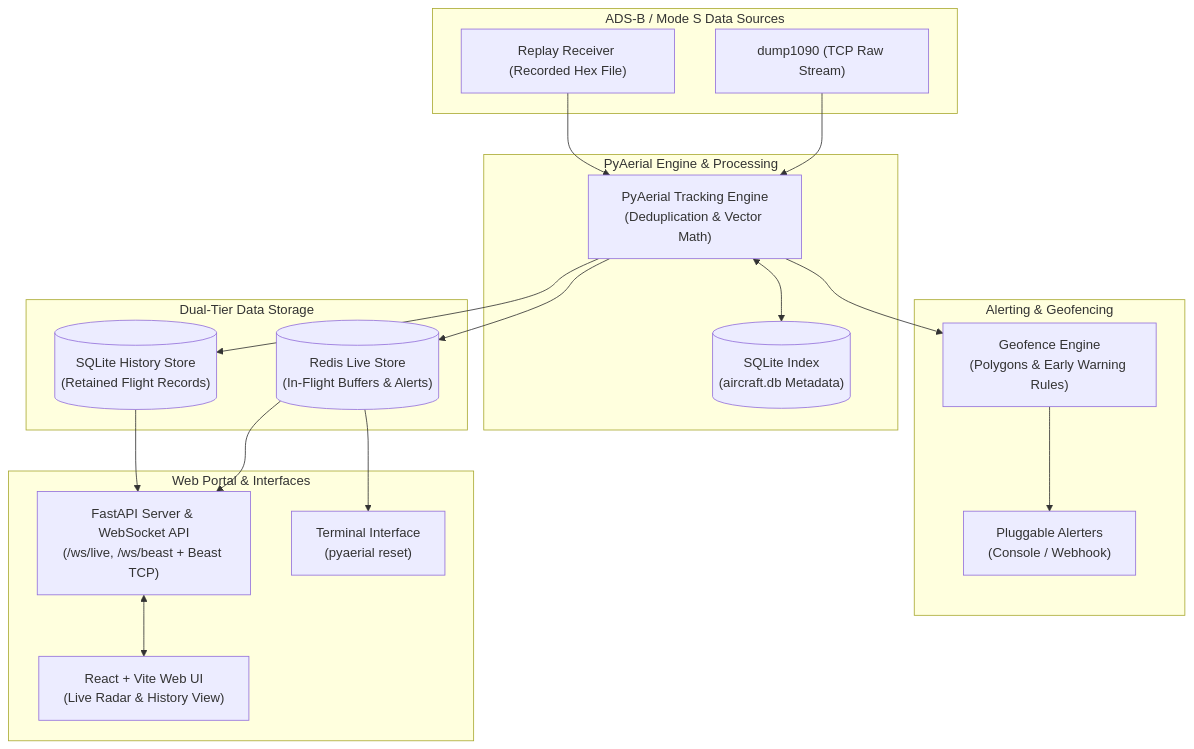
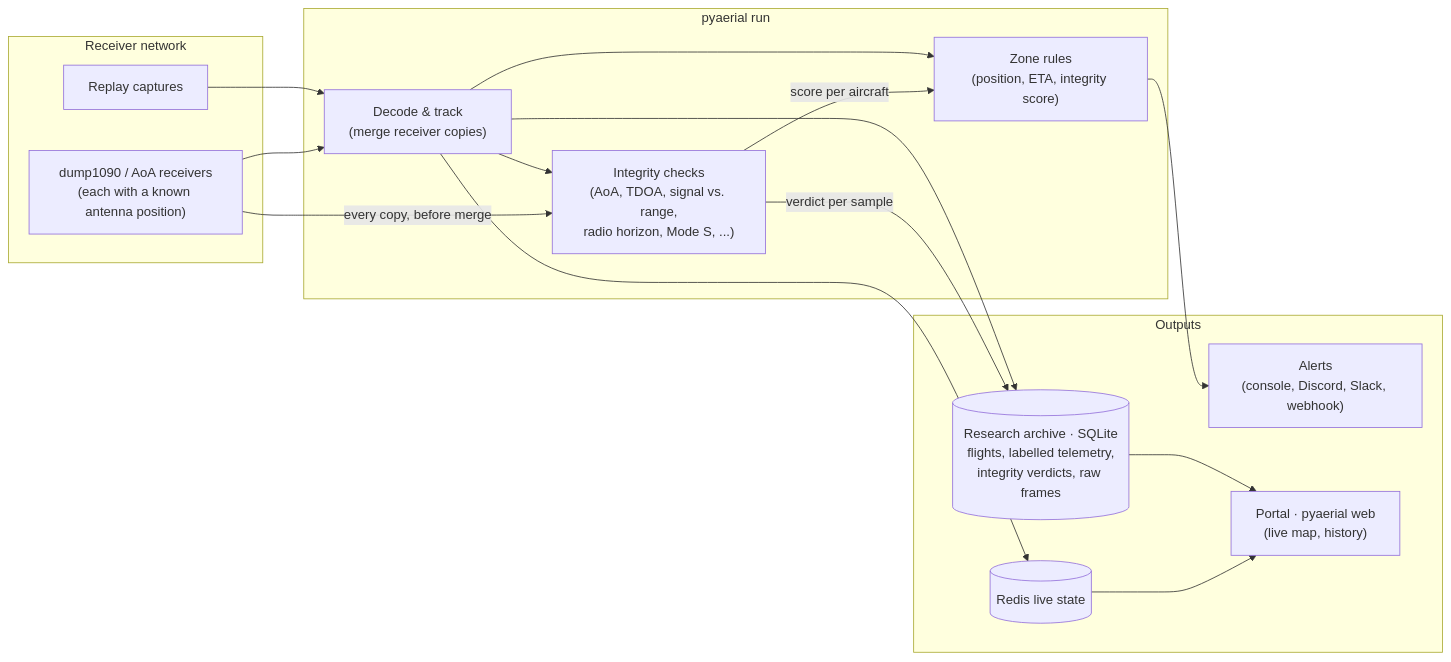
Before and after one commit to quantumbagel/PyAerial: the diagram in README.md, drawn with Mermaid. The commit also changed other lines of this file and 28 other files, not shown here.

First line of the commit message:
feat: archive every flight with per-sample provenance and integrity

````diff
--- a/README.md
+++ b/README.md
@@ -11,44 +11,33 @@
 ```mermaid
-graph TD
-    subgraph Inputs ["ADS-B / Mode S Data Sources"]
-        DUMP1090["dump1090 (TCP Raw Stream)"]
-        REPLAY["Replay Receiver (Recorded Hex File)"]
+graph LR
+    subgraph Network ["Receiver network"]
+        RX["dump1090 / AoA receivers<br/>(each with a known antenna position)"]
+        REPLAY["Replay captures"]
     end
 
-    subgraph Core ["PyAerial Engine & Processing"]
-        ENGINE["PyAerial Tracking Engine<br/>(Deduplication & Vector Math)"]
-        AIRCRAFT_DB[("SQLite Index<br/>(aircraft.db Metadata)")]
+    subgraph Engine ["pyaerial run"]
+        TRACK["Decode & track<br/>(merge receiver copies)"]
+        INTEGRITY["Integrity checks<br/>(AoA, TDOA, signal vs. range,<br/>radio horizon, Mode S, ...)"]
+        RULES["Zone rules<br/>(position, ETA, integrity score)"]
     end
 
-    subgraph Alerts ["Alerting & Geofencing"]
-        GEOFENCE["Geofence Engine<br/>(Polygons & Early Warning Rules)"]
-        ALERTERS["Pluggable Alerters<br/>(Console / Webhook)"]
+    subgraph Outputs ["Outputs"]
+        ARCHIVE[("Research archive · SQLite<br/>flights, labelled telemetry,<br/>integrity verdicts, raw frames")]
+        ALERTS["Alerts<br/>(console, Discord, Slack, webhook)"]
+        LIVE[("Redis live state")]
+        PORTAL["Portal · pyaerial web<br/>(live map, history)"]
     end
 
-    subgraph Storage ["Dual-Tier Data Storage"]
-        REDIS[("Redis Live Store<br/>(In-Flight Buffers & Alerts)")]
-        SQLITE[("SQLite History Store<br/>(Retained Flight Records)")]
-    end
-
-    subgraph Frontend ["Web Portal & Interfaces"]
-        WEBAPP["FastAPI Server & WebSocket API<br/>(/ws/live, /ws/beast + Beast TCP)"]
-        WEBUI["React + Vite Web UI<br/>(Live Radar & History View)"]
-        CLI["Terminal Interface<br/>(pyaerial reset)"]
-    end
-
-    DUMP1090 --> ENGINE
-    REPLAY --> ENGINE
-
-    ENGINE <--> AIRCRAFT_DB
-    ENGINE --> GEOFENCE
-    GEOFENCE --> ALERTERS
-
-    ENGINE --> REDIS
-    ENGINE --> SQLITE
-
-    REDIS --> WEBAPP
-    SQLITE --> WEBAPP
-    REDIS --> CLI
-
-    WEBAPP <--> WEBUI
+    RX --> TRACK
+    REPLAY --> TRACK
+    RX -- "every copy, before merge" --> INTEGRITY
+    TRACK --> INTEGRITY
+    INTEGRITY -- "score per aircraft" --> RULES
+    TRACK --> RULES
+    RULES --> ALERTS
+    INTEGRITY -- "verdict per sample" --> ARCHIVE
+    TRACK --> ARCHIVE
+    TRACK --> LIVE
+    LIVE --> PORTAL
+    ARCHIVE --> PORTAL
 ```
````
